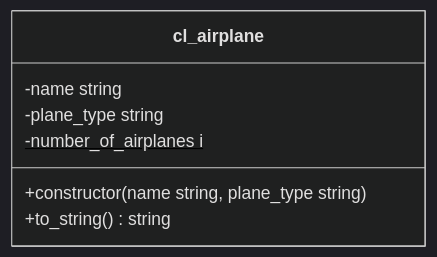
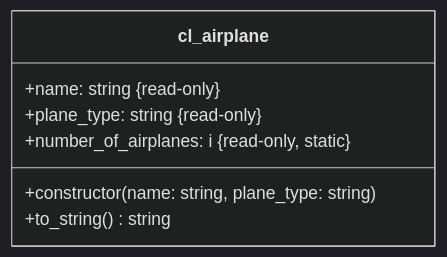
Before and after one commit to appenmaier/s4hana: the diagram in docs/exercises/abap-objects/abap-objects-04.md, drawn with Mermaid (dark theme). The commit also changed other lines of this file and 7 other files, not shown here.

Commit message:
update class-diagrams

````diff
--- a/docs/exercises/abap-objects/abap-objects-04.md
+++ b/docs/exercises/abap-objects/abap-objects-04.md
@@ -11,10 +11,10 @@
 ```mermaid
 classDiagram
     class cl_airplane {
-      -name string
-      -plane_type string
-      -number_of_airplanes i$
-      +constructor(name string, plane_type string)
+      +name: string &#123read-only&#125
+      +plane_type: string &#123read-only&#125
+      +number_of_airplanes: i &#123read-only, static&#125
+      +constructor(name: string, plane_type: string)
       +to_string() string
     }
 ```
````
